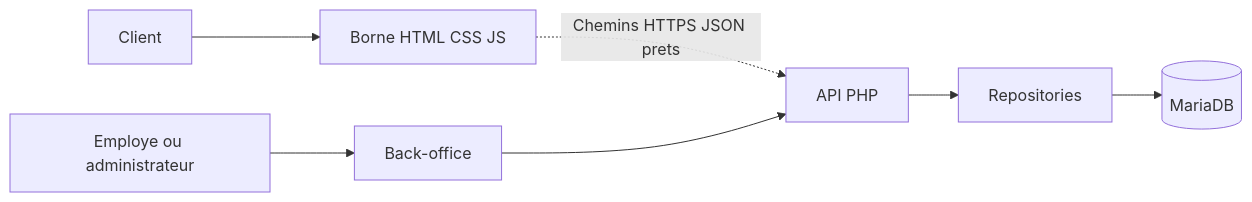
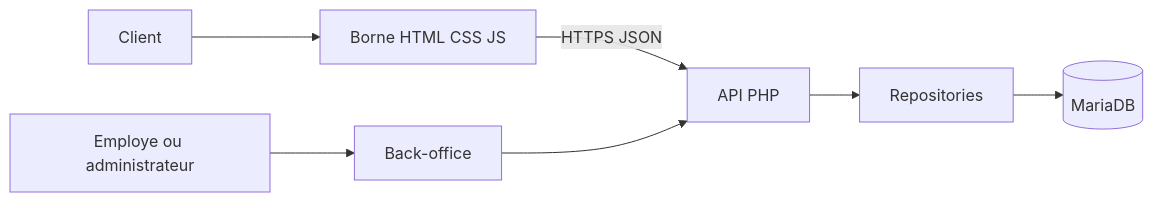
Before and after one commit to Ts8r/Wacdo_quentin: the first of 2 diagrams in _byan-output/dossier-professionnel-jury-wacdo.md, drawn with Mermaid. The commit also changed other lines of this file and 14 other files, not shown here.

First line of the commit message:
feat: add client login/register flow and connect borne to API

````diff
--- a/_byan-output/dossier-professionnel-jury-wacdo.md
+++ b/_byan-output/dossier-professionnel-jury-wacdo.md
@@ -209,9 +211,9 @@
 ```mermaid
 flowchart LR
     Client[Client] --> Front[Borne HTML CSS JS]
-    Front -.->|Chemins HTTPS JSON prets| API[API PHP]
+    Front -->|HTTPS JSON| API[API PHP]
     Employe[Employe ou administrateur] --> Back[Back-office]
     Back --> API
     API --> Repositories[Repositories]
     Repositories --> DB[(MariaDB)]
 ```
````
